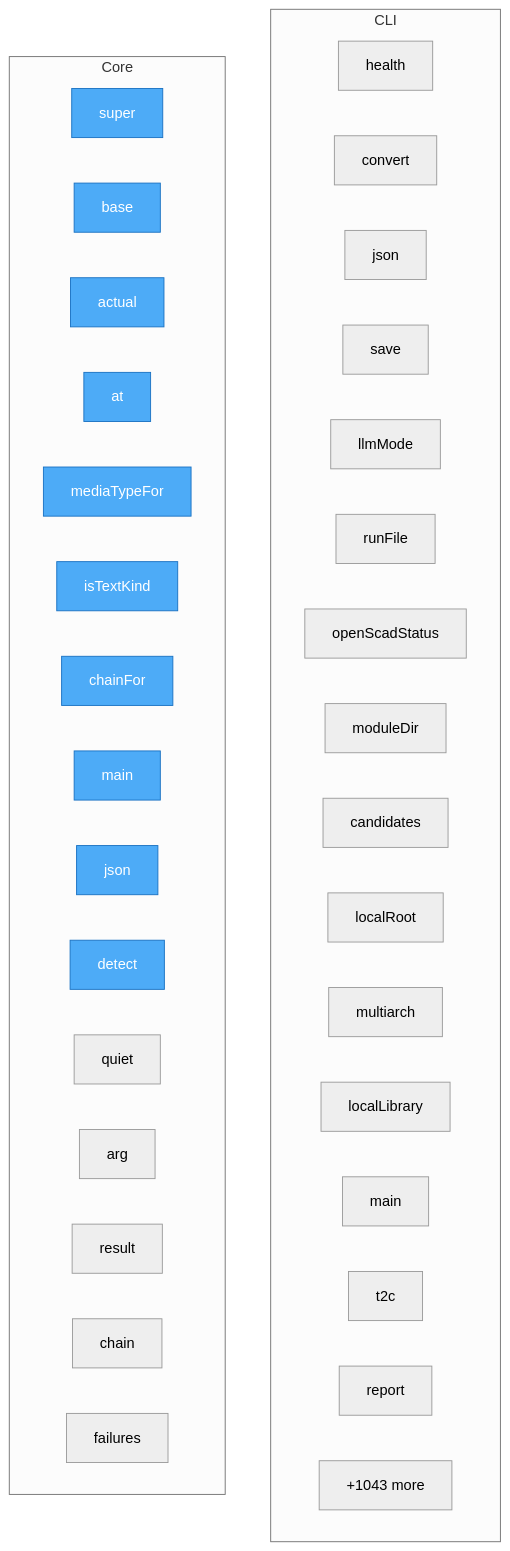
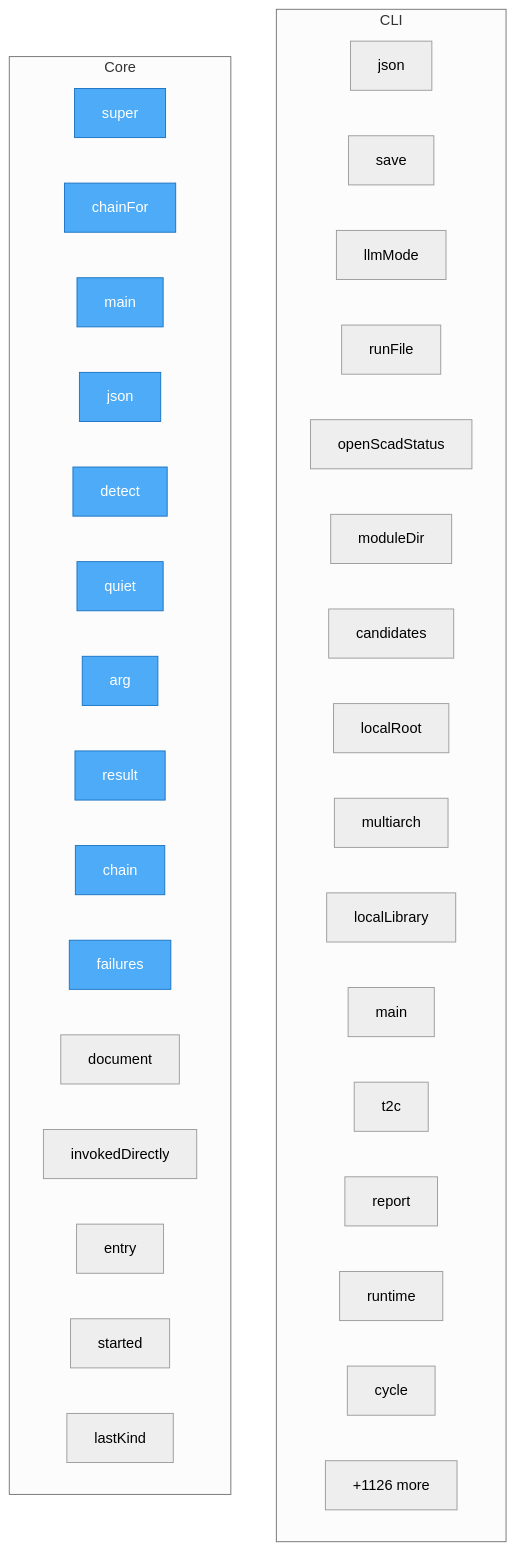
Before and after one commit to bioxfoundry/twin-dsl: the diagram in project/flow.mmd, drawn with Mermaid (neutral theme). The commit also changed 77 other files, not shown here.

```diff
--- a/project/flow.mmd
+++ b/project/flow.mmd
@@ -1,45 +1,45 @@
 flowchart TD
-%% generated in 0.04s
+%% generated in 0.02s
 
     %% Entry points (blue)
     classDef entry fill:#4dabf7,stroke:#1971c2,color:#fff
 
     subgraph CLI
-        deploy__docling__server__health["health"]
-        deploy__docling__server__convert["convert"]
         src__cli__main__json["json"]
         src__cli__main__save["save"]
         src__cli__main__llmMode["llmMode"]
         src__cli__main__runFile["runFile"]
         src__cli__main__openScadStatus["openScadStatus"]
         src__cli__main__moduleDir["moduleDir"]
         src__cli__main__candidates["candidates"]
         src__cli__main__localRoot["localRoot"]
         src__cli__main__multiarch["multiarch"]
         src__cli__main__localLibrary["localLibrary"]
         src__cli__main__main["main"]
         src__cli__main__t2c["t2c"]
         src__cli__main__report["report"]
+        src__cli__main__runtime["runtime"]
+        src__cli__main__cycle["cycle"]
         ...["+18 more"]
     end
 
     subgraph Core
         js__f2md__src__types__ExternalConverterRequired__super["super"]
-        js__f2md__src__detect__base["base"]
-        js__f2md__src__detect__actual["actual"]
-        js__f2md__src__detect__at["at"]
-        js__f2md__src__detect__mediaTypeFor["mediaTypeFor"]
-        js__f2md__src__detect__isTextKind["isTextKind"]
         js__f2md__src__cli__chainFor["chainFor"]
         js__f2md__src__cli__main["main"]
         js__f2md__src__cli__json["json"]
         js__f2md__src__cli__detect["detect"]
         js__f2md__src__cli__quiet["quiet"]
         js__f2md__src__cli__arg["arg"]
         js__f2md__src__cli__result["result"]
         js__f2md__src__cli__chain["chain"]
         js__f2md__src__cli__failures["failures"]
-        ...["+1043 more"]
+        js__f2md__src__cli__document["document"]
+        js__f2md__src__cli__invokedDirectly["invokedDirectly"]
+        js__f2md__src__cli__entry["entry"]
+        js__f2md__src__chain__ConverterChain__started["started"]
+        js__f2md__src__chain__ConverterChain__lastKind["lastKind"]
+        ...["+1126 more"]
     end
 
-    class js__f2md__src__types__ExternalConverterRequired__super,js__f2md__src__detect__base,js__f2md__src__detect__actual,js__f2md__src__detect__at,js__f2md__src__detect__mediaTypeFor,js__f2md__src__detect__isTextKind,js__f2md__src__cli__chainFor,js__f2md__src__cli__main,js__f2md__src__cli__json,js__f2md__src__cli__detect entry
+    class js__f2md__src__types__ExternalConverterRequired__super,js__f2md__src__cli__chainFor,js__f2md__src__cli__main,js__f2md__src__cli__json,js__f2md__src__cli__detect,js__f2md__src__cli__quiet,js__f2md__src__cli__arg,js__f2md__src__cli__result,js__f2md__src__cli__chain,js__f2md__src__cli__failures entry
```
